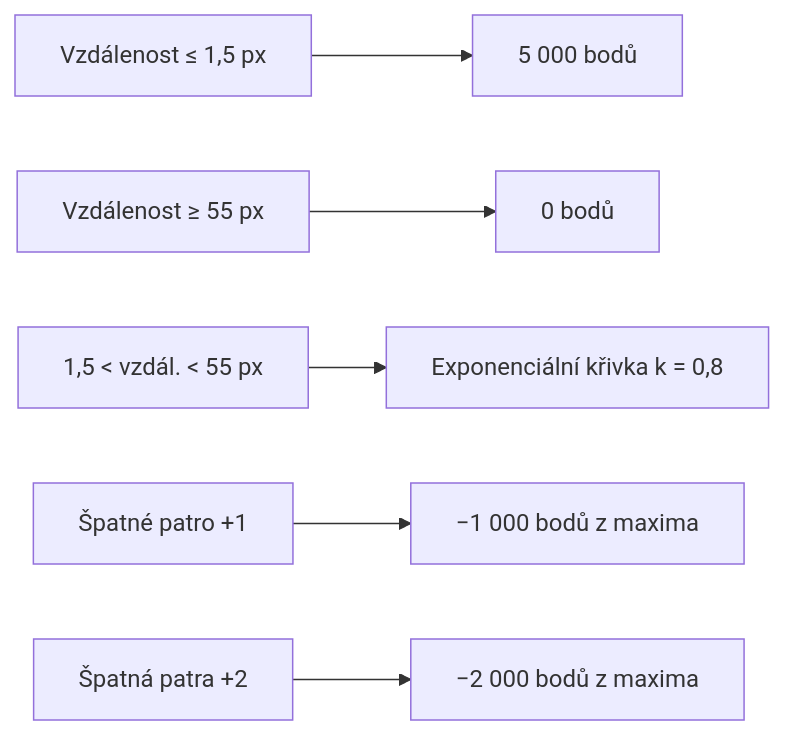
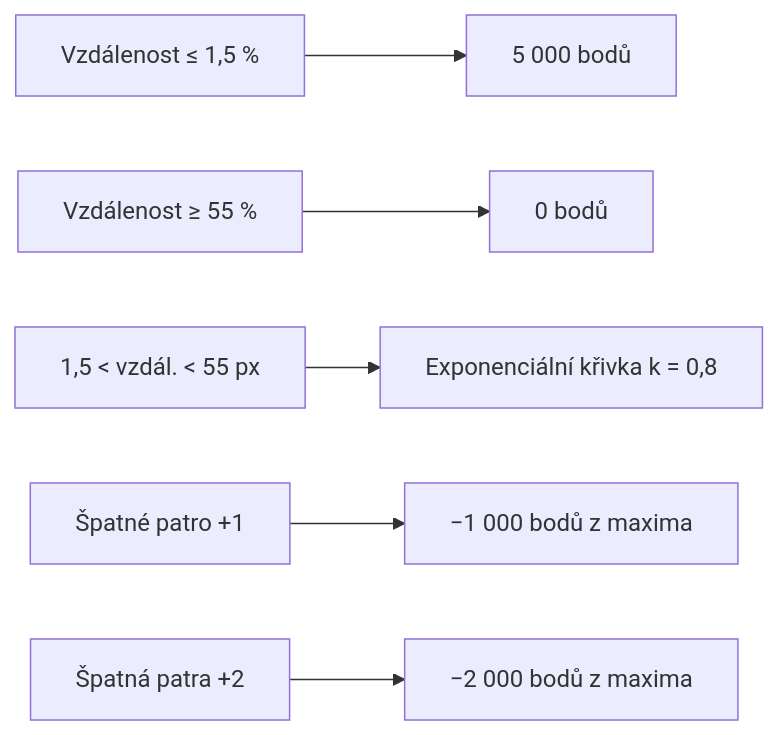
Before and after one commit to Its1akub/JecnaGuesser: the seventh of 8 diagrams in docs/Ječná Guesser – Předávací zpráva projektu.md, drawn with Mermaid. The commit also changed other lines of this file, not shown here.

````diff
--- a/docs/Ječná Guesser – Předávací zpráva projektu.md
+++ b/docs/Ječná Guesser – Předávací zpráva projektu.md
@@ -419,8 +419,8 @@
 ```mermaid
 graph LR
-    A["Vzdálenost ≤ 1,5 px"] --> B["5 000 bodů"]
-    C["Vzdálenost ≥ 55 px"] --> D["0 bodů"]
+    A["Vzdálenost ≤ 1,5 %"] --> B["5 000 bodů"]
+    C["Vzdálenost ≥ 55 %"] --> D["0 bodů"]
     E["1,5 < vzdál. < 55 px"] --> F["Exponenciální křivka k = 0,8"]
     G["Špatné patro +1"] --> H["−1 000 bodů z maxima"]
     G2["Špatná patra +2"] --> H2["−2 000 bodů z maxima"]
 ```
````
